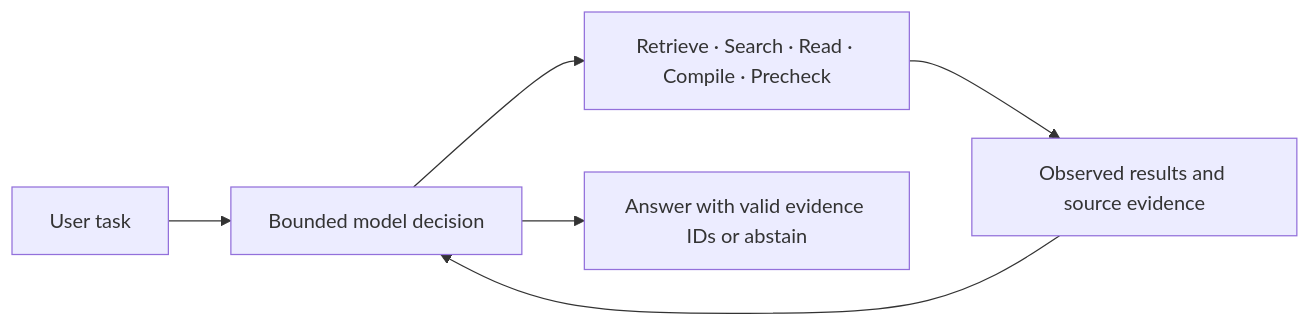
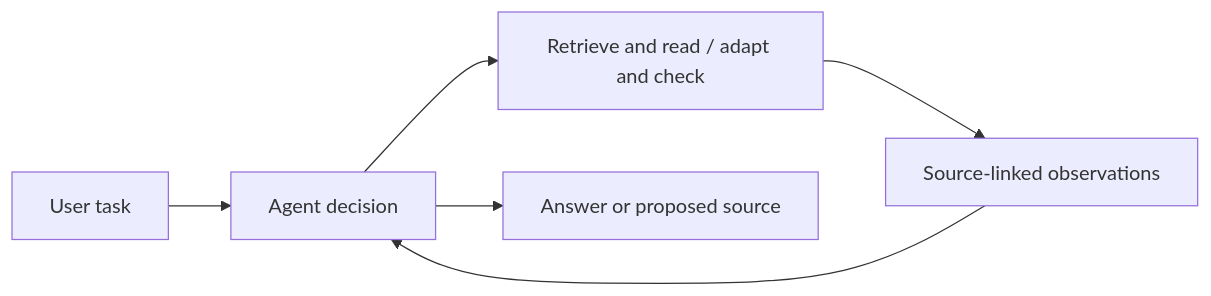
The diagram in README.md (jintangme/ContractSearch), drawn with Mermaid before and after one commit. The commit also changed other lines of this file and 110 other files, not shown here.

````diff
--- a/README.md
+++ b/README.md
@@ -65,8 +61,8 @@
 ```mermaid
 flowchart LR
-    Task[User task] --> Decide[Bounded model decision]
-    Decide --> Tools[Retrieve · Search · Read · Compile · Precheck]
-    Tools --> Evidence[Observed results and source evidence]
-    Evidence --> Decide
-    Decide --> Answer[Answer with valid evidence IDs or abstain]
+    Task[User task] --> Agent[Agent decision]
+    Agent --> Tools[Retrieve and read / adapt and check]
+    Tools --> Evidence[Source-linked observations]
+    Evidence --> Agent
+    Agent --> Result[Answer or proposed source]
 ```
````
